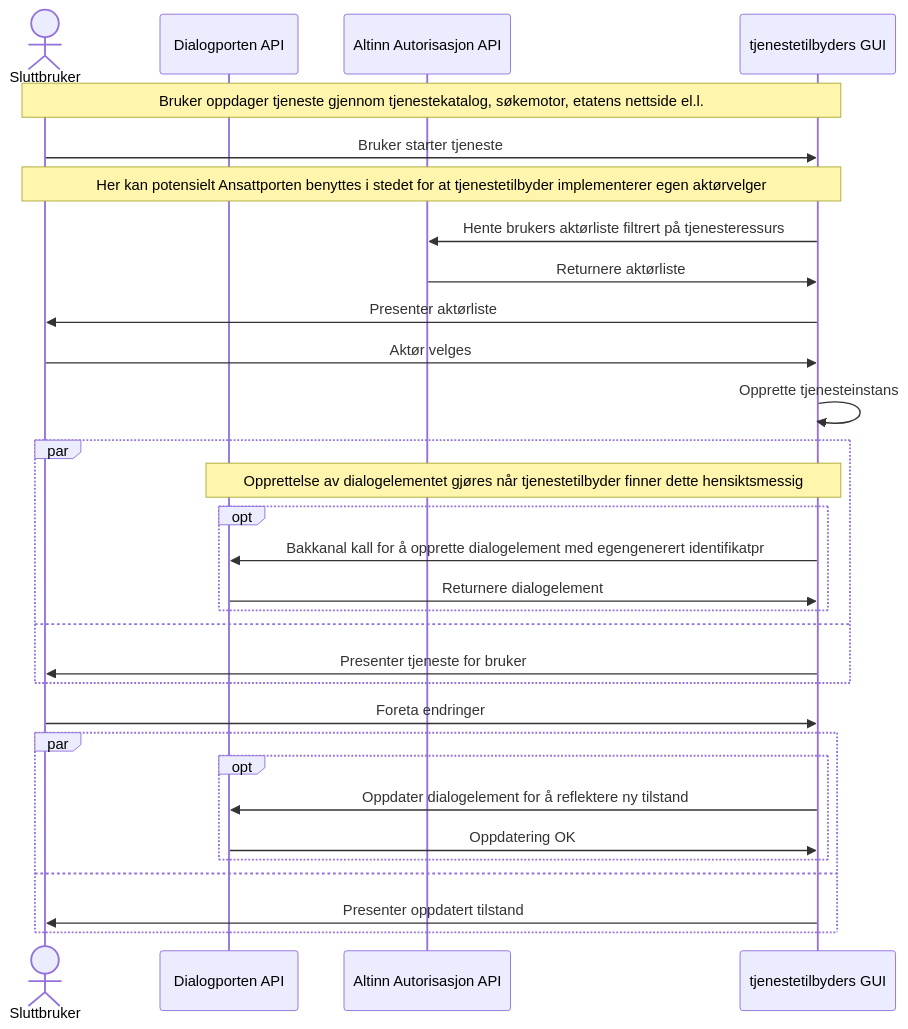
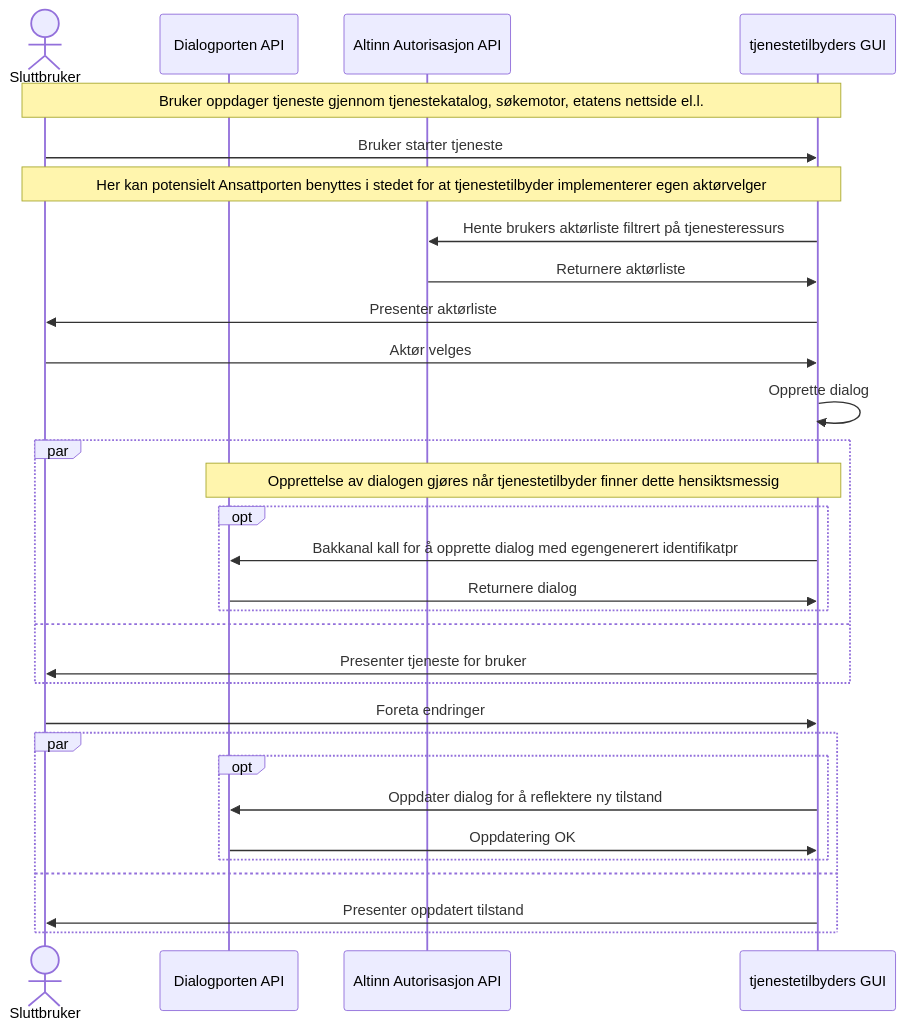
Before and after one commit to elsand/elsand.github.io: the fourth of 6 diagrams in dialogporten.md, drawn with Mermaid. The commit also changed other lines of this file and 7 other files, not shown here.

````diff
--- a/dialogporten.md
+++ b/dialogporten.md
@@ -401,34 +401,34 @@
 ```mermaid!
 sequenceDiagram
     actor SB as Sluttbruker
     participant API as Dialogporten API 
     participant AUTH as Altinn Autorisasjon API 
     participant TEGUI as tjenestetilbyders GUI
 note over SB,TEGUI: Bruker oppdager tjeneste gjennom tjenestekatalog, søkemotor, etatens nettside el.l.
 SB->>TEGUI: Bruker starter tjeneste
 note over SB,TEGUI: Her kan potensielt Ansattporten benyttes i stedet for at tjenestetilbyder implementerer egen aktørvelger
 TEGUI->>AUTH: Hente brukers aktørliste filtrert på tjenesteressurs
 AUTH->>TEGUI: Returnere aktørliste
 TEGUI->>SB: Presenter aktørliste
 SB->>TEGUI: Aktør velges
-TEGUI->>TEGUI: Opprette tjenesteinstans
+TEGUI->>TEGUI: Opprette dialog
 par
-    note over API,TEGUI: Opprettelse av dialogelementet gjøres når tjenestetilbyder finner dette hensiktsmessig
+    note over API,TEGUI: Opprettelse av dialogen gjøres når tjenestetilbyder finner dette hensiktsmessig
     opt
-        TEGUI->>API: Bakkanal kall for å opprette dialogelement med egengenerert identifikatpr
-        API->>TEGUI: Returnere dialogelement
+        TEGUI->>API: Bakkanal kall for å opprette dialog med egengenerert identifikatpr
+        API->>TEGUI: Returnere dialog
     end
 and
     TEGUI->>SB: Presenter tjeneste for bruker
 end
 
 SB->>TEGUI: Foreta endringer
 par
     opt
-        TEGUI->>API: Oppdater dialogelement for å reflektere ny tilstand
+        TEGUI->>API: Oppdater dialog for å reflektere ny tilstand
         API->>TEGUI: Oppdatering OK
     end
 and 
     TEGUI->>SB: Presenter oppdatert tilstand
 end
 ```
````
